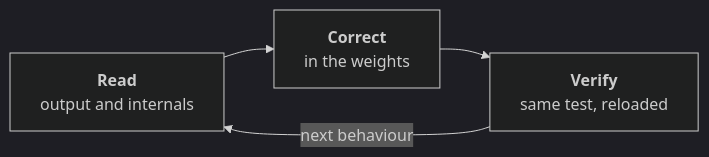
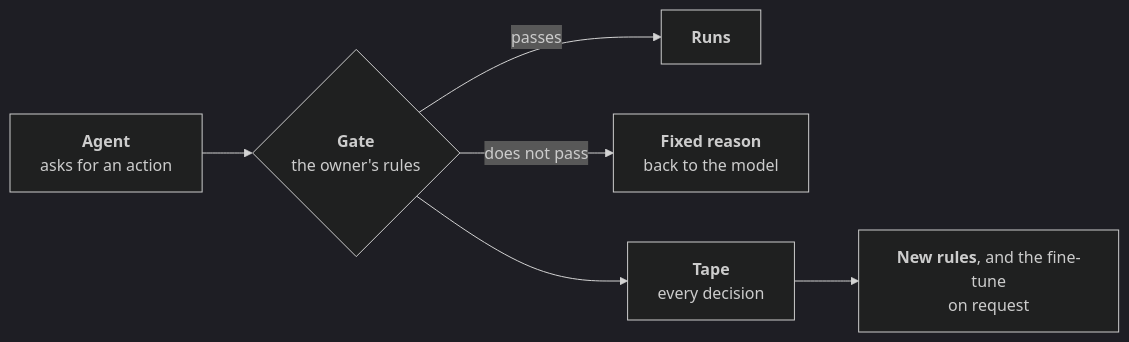
One commit to SiliconPsycheLabs/splabs changed the diagram in README.md. Above: the diagram before and after it, drawn with Mermaid (dark theme). The commit also changed other lines of this file and 1 other file, not shown here.

First line of the commit message:
README and banner: the gate first, then the audit and the fine-tune on request (#4)

````diff
--- a/README.md
+++ b/README.md
@@ -42,6 +38,8 @@
 ```mermaid
 flowchart LR
-    A["<b>Read</b><br/>output and internals"] --> B["<b>Correct</b><br/>in the weights"]
-    B --> C["<b>Verify</b><br/>same test, reloaded"]
-    C -->|"next behaviour"| A
+    A["<b>Agent</b><br/>asks for an action"] --> G{"<b>Gate</b><br/>the owner's rules"}
+    G -->|passes| R["<b>Runs</b>"]
+    G -->|"does not pass"| M["<b>Fixed reason</b><br/>back to the model"]
+    G --> T["<b>Tape</b><br/>every decision"]
+    T --> N["<b>New rules</b>, and the fine-tune<br/>on request"]
 ```
````
